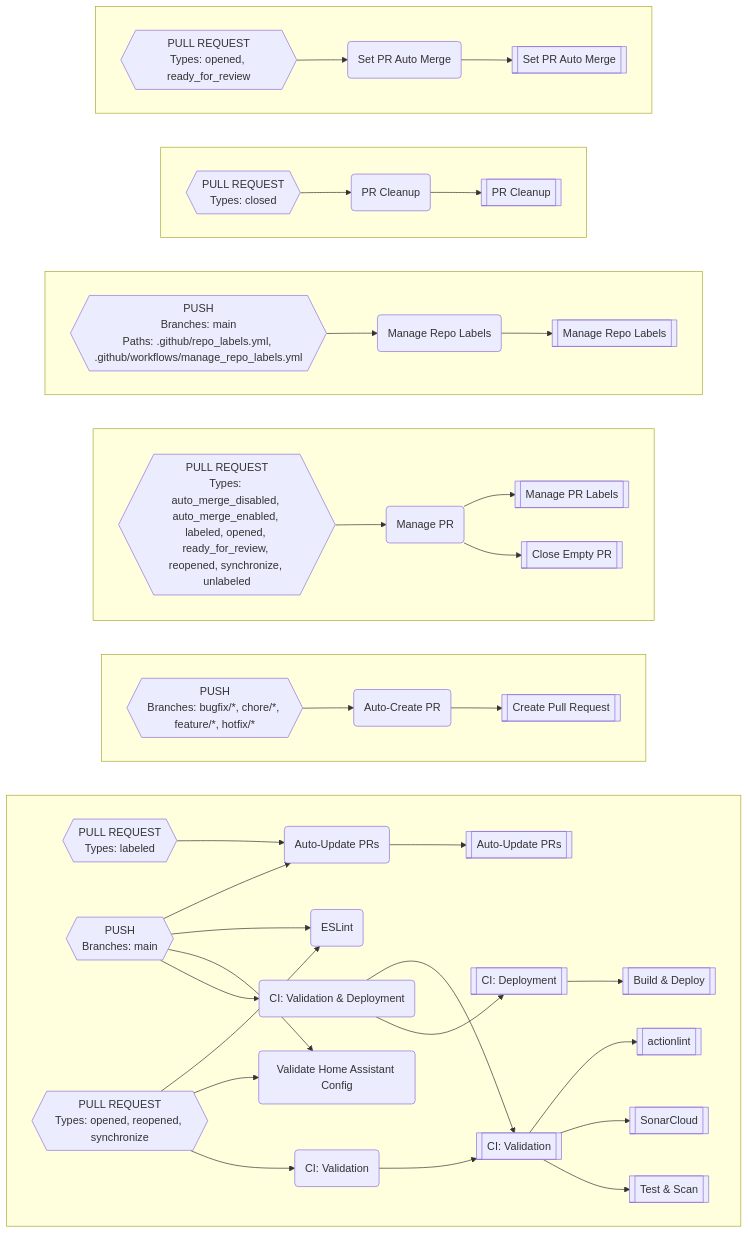
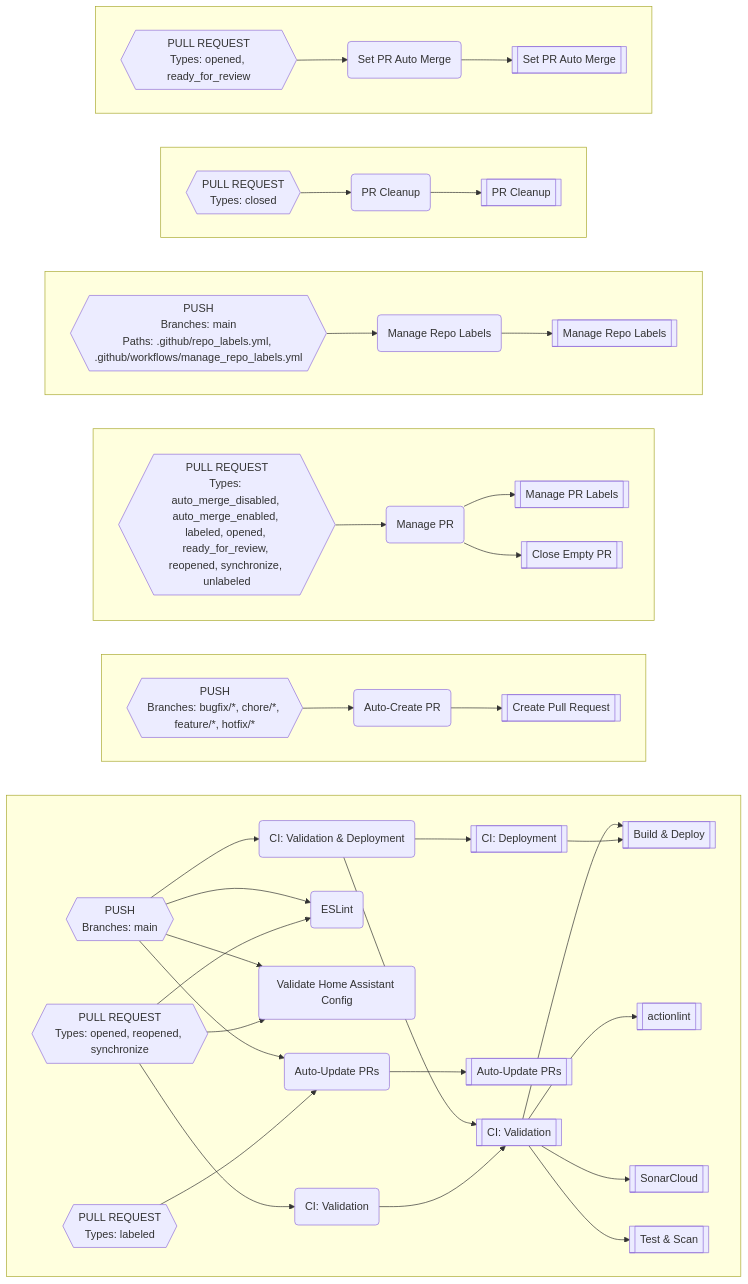
One commit to worgarside/github-config-files changed the diagram in README.md. Above: the diagram before and after it, drawn with Mermaid. The commit also changed 6 other files, not shown here.

````diff
--- a/README.md
+++ b/README.md
@@ -376,85 +376,87 @@
 flowchart LR
 subgraph CP[" "]
 direction LR
+CL-->Q
+CN-->BY
+CN-->CC
+CN-->CL
+BO-->BN
+BN-->AL
+CI-->BN
+CI-->BY
+CI-->CC
+CI-->CH
+CH-->Q
+CH-->K
 K-->D
-CG-->Q
-CG-->K
-BN-->BM
-BM-->AK
-CI-->BM
-CI-->BX
-CI-->CB
-CI-->CG
-CN-->BX
-CN-->CB
-CN-->CL
-CL-->Q
 Q-->A
-Q-->AU
-Q-->AX
+Q-->AV
+Q-->AY
+Q-->D
 end
 subgraph CQ[" "]
 direction LR
-BB-->BA
-BA-->Z
+BC-->BB
+BB-->AA
 end
 subgraph CR[" "]
 direction LR
-BE-->BD
-BD-->AD
-BD-->V
+BF-->BE
+BE-->AE
+BE-->W
 end
 subgraph CS[" "]
 direction LR
-BJ-->BI
-BI-->AH
+BK-->BJ
+BJ-->AI
 end
 subgraph CT[" "]
 direction LR
-BR-->BQ
-BQ-->AN
+BS-->BR
+BR-->AO
 end
 subgraph CU[" "]
 direction LR
-BU-->BT
-BT-->AR
+BV-->BU
+BU-->AS
 end
 A[["actionlint"]]
-AD[["Manage PR Labels"]]
-AH[["Manage Repo Labels"]]
-AK[["Auto-Update PRs"]]
-AN[["PR Cleanup"]]
-AR[["Set PR Auto Merge"]]
-AU[["SonarCloud"]]
-AX[["Test & Scan"]]
-BA("Auto-Create PR")
-BB{{"PUSH
+AA[["Create Pull Request"]]
+AE[["Manage PR Labels"]]
+AI[["Manage Repo Labels"]]
+AL[["Auto-Update PRs"]]
+AO[["PR Cleanup"]]
+AS[["Set PR Auto Merge"]]
+AV[["SonarCloud"]]
+AY[["Test & Scan"]]
+BB("Auto-Create PR")
+BC{{"PUSH
 Branches: bugfix/*, chore/*, feature/*, hotfix/*
 "}}
-BD("Manage PR")
-BE{{"PULL REQUEST
+BE("Manage PR")
+BF{{"PULL REQUEST
 Types: auto_merge_disabled, auto_merge_enabled, labeled, opened, ready_for_review, reopened, synchronize, unlabeled
 "}}
-BI("Manage Repo Labels")
-BJ{{"PUSH
+BJ("Manage Repo Labels")
+BK{{"PUSH
 Branches: main
 Paths: .github/repo_labels.yml, .github/workflows/manage_repo_labels.yml
 "}}
-BM("Auto-Update PRs")
-BN{{"PULL REQUEST
+BN("Auto-Update PRs")
+BO{{"PULL REQUEST
 Types: labeled
 "}}
-BQ("PR Cleanup")
-BR{{"PULL REQUEST
+BR("PR Cleanup")
+BS{{"PULL REQUEST
 Types: closed
 "}}
-BT("Set PR Auto Merge")
-BU{{"PULL REQUEST
+BU("Set PR Auto Merge")
+BV{{"PULL REQUEST
 Types: opened, ready_for_review
 "}}
-BX("ESLint")
-CB("Validate Home Assistant Config")
-CG("CI: Validation & Deployment")
+BY("ESLint")
+CC("Validate Home Assistant Config")
+CH("CI: Validation & Deployment")
 CI{{"PUSH
 Branches: main
 "}}
@@ -465,6 +467,5 @@
 D[["Build & Deploy"]]
 K[["CI: Deployment"]]
 Q[["CI: Validation"]]
-V[["Close Empty PR"]]
-Z[["Create Pull Request"]]
+W[["Close Empty PR"]]
 ```
````
